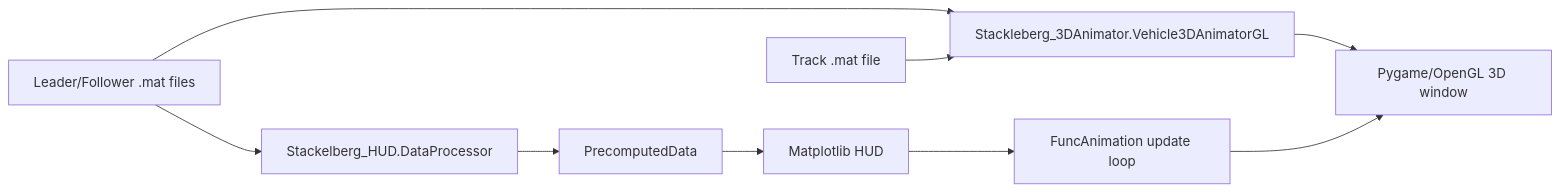
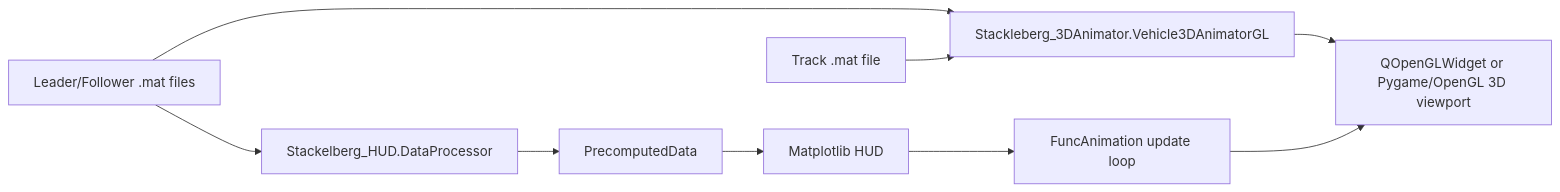
Before and after one commit to CharlvdM/phd-3D-animator: the first of 2 diagrams in docs/architecture.md, drawn with Mermaid. The commit also changed other lines of this file and 11 other files, not shown here.

First line of the commit message:
Add Qt QOpenGLWidget HUD as default animator shell

````diff
--- a/docs/architecture.md
+++ b/docs/architecture.md
@@ -21,11 +25,11 @@
 ```mermaid
 flowchart LR
     A["Leader/Follower .mat files"] --> B["Stackelberg_HUD.DataProcessor"]
     A --> C["Stackleberg_3DAnimator.Vehicle3DAnimatorGL"]
     D["Track .mat file"] --> C
     B --> E["PrecomputedData"]
     E --> F["Matplotlib HUD"]
-    C --> G["Pygame/OpenGL 3D window"]
+    C --> G["QOpenGLWidget or Pygame/OpenGL 3D viewport"]
     F --> H["FuncAnimation update loop"]
     H --> G
 ```
````
